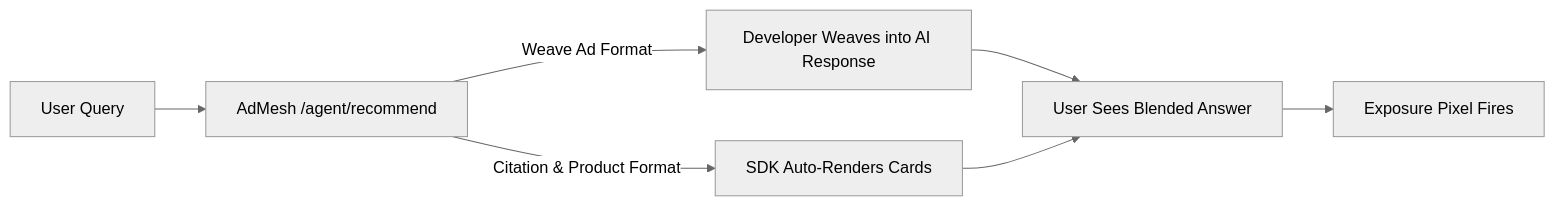
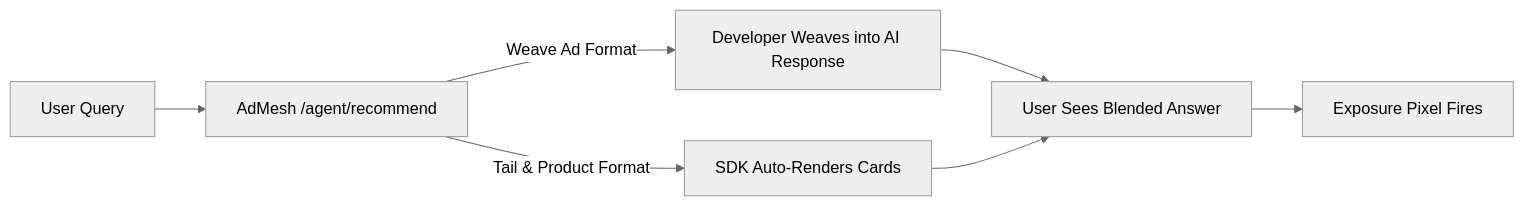
One commit to GouniManikumar12/docs changed the diagram in platforms/choose-integration.mdx. Above: the diagram before and after it, drawn with Mermaid (neutral theme). The commit also changed other lines of this file and 33 other files, not shown here.

````diff
--- a/platforms/choose-integration.mdx
+++ b/platforms/choose-integration.mdx
@@ -56,9 +56,9 @@
 ```mermaid
 flowchart LR
     A[User Query] --> B[AdMesh /agent/recommend]
     B -->|Weave Ad Format| C[Developer Weaves into AI Response]
-    B -->|Citation & Product Format| D[SDK Auto-Renders Cards]
+    B -->|Tail & Product Format| D[SDK Auto-Renders Cards]
     C --> E[User Sees Blended Answer]
     D --> E
     E --> F[Exposure Pixel Fires]
 ```
````
